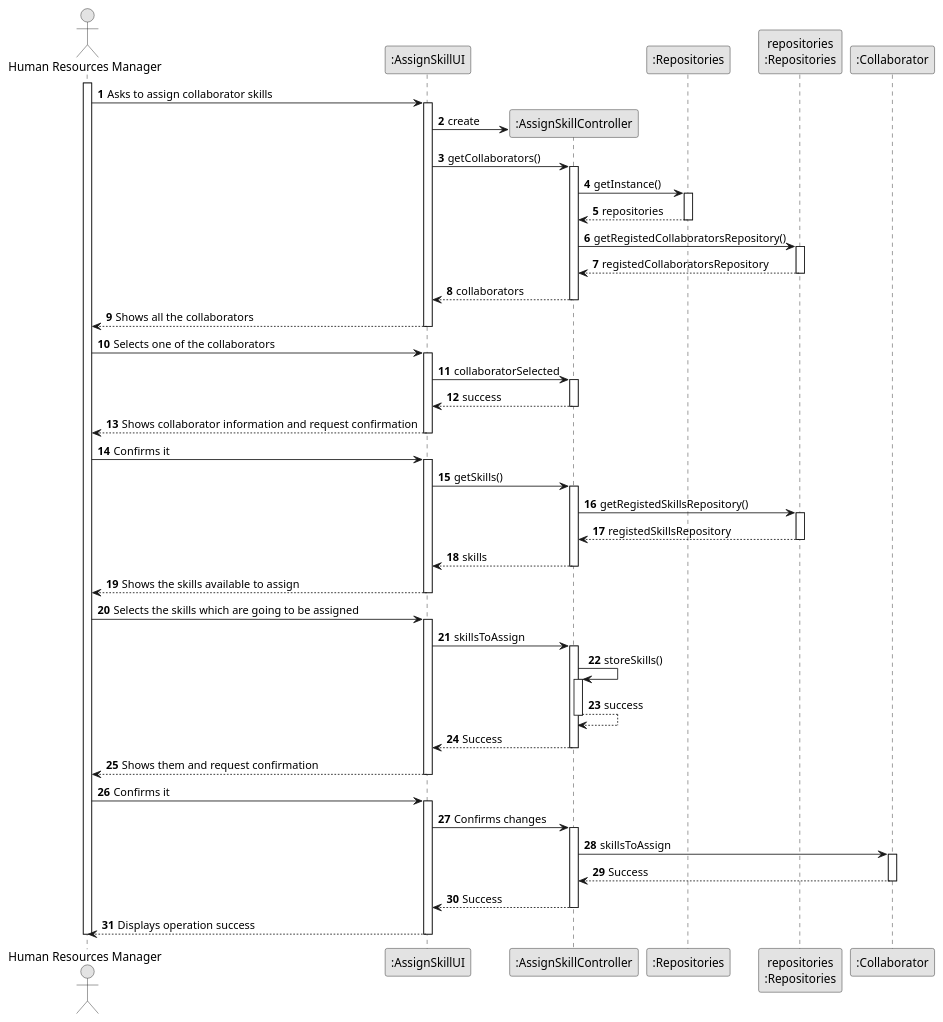
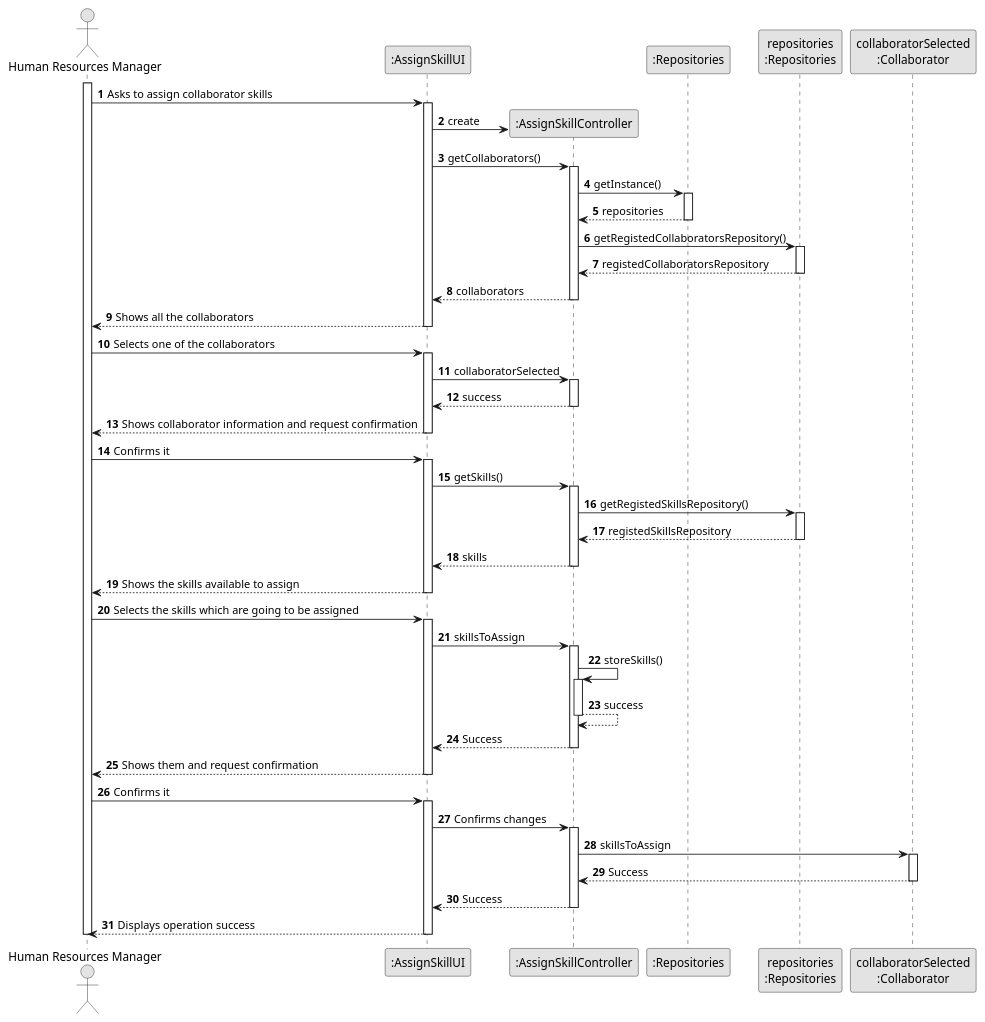
One commit to 1231360-ISEP/lei-24-s2-1db-g021 changed the diagram in docs/sprint2/us004/03.design/puml/us004-sequence-diagram-full.puml. Above: the diagram before and after it, drawn with PlantUML.

Commit message:
US004 - Changing the sequence diagram.

```diff
--- a/docs/sprint2/us004/03.design/puml/us004-sequence-diagram-full.puml
+++ b/docs/sprint2/us004/03.design/puml/us004-sequence-diagram-full.puml
@@ -1,113 +1,113 @@
 @startuml
 skinparam monochrome true
 skinparam packageStyle rectangle
 skinparam shadowing false
 
 autonumber
 
 'hide footbox
 actor "Human Resources Manager" as ADM
 participant ":AssignSkillUI" as UI
 participant ":AssignSkillController" as CTRL
 participant ":Repositories" as Repositories
 participant "repositories\n:Repositories" as RepoInstance
-participant ":Collaborator" as Collaborator
+participant "collaboratorSelected\n:Collaborator" as Collaborator
 
 activate ADM
 
         ADM -> UI : Asks to assign collaborator skills
 
         activate UI
             UI -> CTRL** : create
             UI -> CTRL : getCollaborators()
 
             activate CTRL
 
                 CTRL -> Repositories : getInstance()
                 activate Repositories
                     Repositories --> CTRL : repositories
                 deactivate Repositories
 
                 CTRL -> RepoInstance : getRegistedCollaboratorsRepository()
 
                 activate RepoInstance
                     RepoInstance --> CTRL : registedCollaboratorsRepository
                 deactivate RepoInstance
 
                 CTRL --> UI : collaborators
             deactivate CTRL
 
             UI --> ADM : Shows all the collaborators
         deactivate UI
 
         ADM -> UI : Selects one of the collaborators
 
         activate UI
 
             UI -> CTRL : collaboratorSelected
 
             activate CTRL
                 CTRL --> UI : success
             deactivate CTRL
 
             UI --> ADM : Shows collaborator information and request confirmation
         deactivate UI
 
         ADM -> UI : Confirms it
 
         activate UI
             UI -> CTRL : getSkills()
 
             activate CTRL
 
                 CTRL -> RepoInstance : getRegistedSkillsRepository()
 
                 activate RepoInstance
                     RepoInstance --> CTRL : registedSkillsRepository
                 deactivate RepoInstance
 
                 CTRL --> UI : skills
             deactivate CTRL
 
             UI --> ADM : Shows the skills available to assign
         deactivate UI
 
         ADM -> UI : Selects the skills which are going to be assigned
 
         activate UI
             UI -> CTRL : skillsToAssign
 
             activate CTRL
                 CTRL -> CTRL : storeSkills()
 
                 activate CTRL
                     CTRL --> CTRL : success
                 deactivate CTRL
 
                 CTRL --> UI : Success
             deactivate CTRL
 
             UI --> ADM : Shows them and request confirmation
         deactivate UI
 
         ADM -> UI : Confirms it
 
         activate UI
             UI -> CTRL : Confirms changes
             
             activate CTRL
                 CTRL -> Collaborator : skillsToAssign
 
                 activate Collaborator
                     Collaborator --> CTRL : Success
                 deactivate Collaborator
 
                 CTRL --> UI : Success
             deactivate CTRL
 
             UI --> ADM : Displays operation success
         deactivate UI
 
 deactivate ADM
 
 @enduml
```
